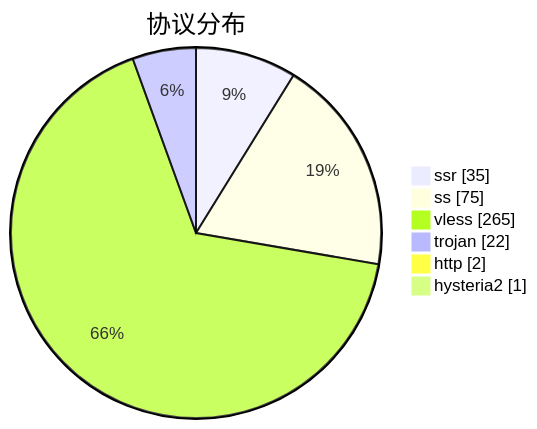
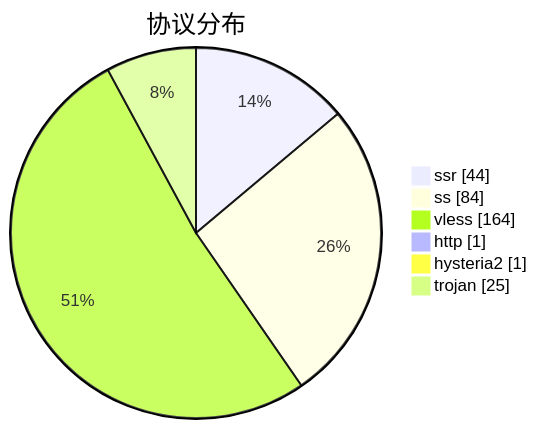
The third of 3 diagrams in subs/statistics/tested_within.md (qjlxg/airport), drawn with Mermaid before and after one commit. The commit also changed other lines of this file and 2 other files, not shown here.

````diff
--- a/subs/statistics/tested_within.md
+++ b/subs/statistics/tested_within.md
@@ -20,10 +17,10 @@
 ```mermaid
 pie showData
 title 协议分布
-"ssr" : 35
-"ss" : 75
-"vless" : 265
-"trojan" : 22
-"http" : 2
+"ssr" : 44
+"ss" : 84
+"vless" : 164
+"http" : 1
 "hysteria2" : 1
+"trojan" : 25
 ```
````
